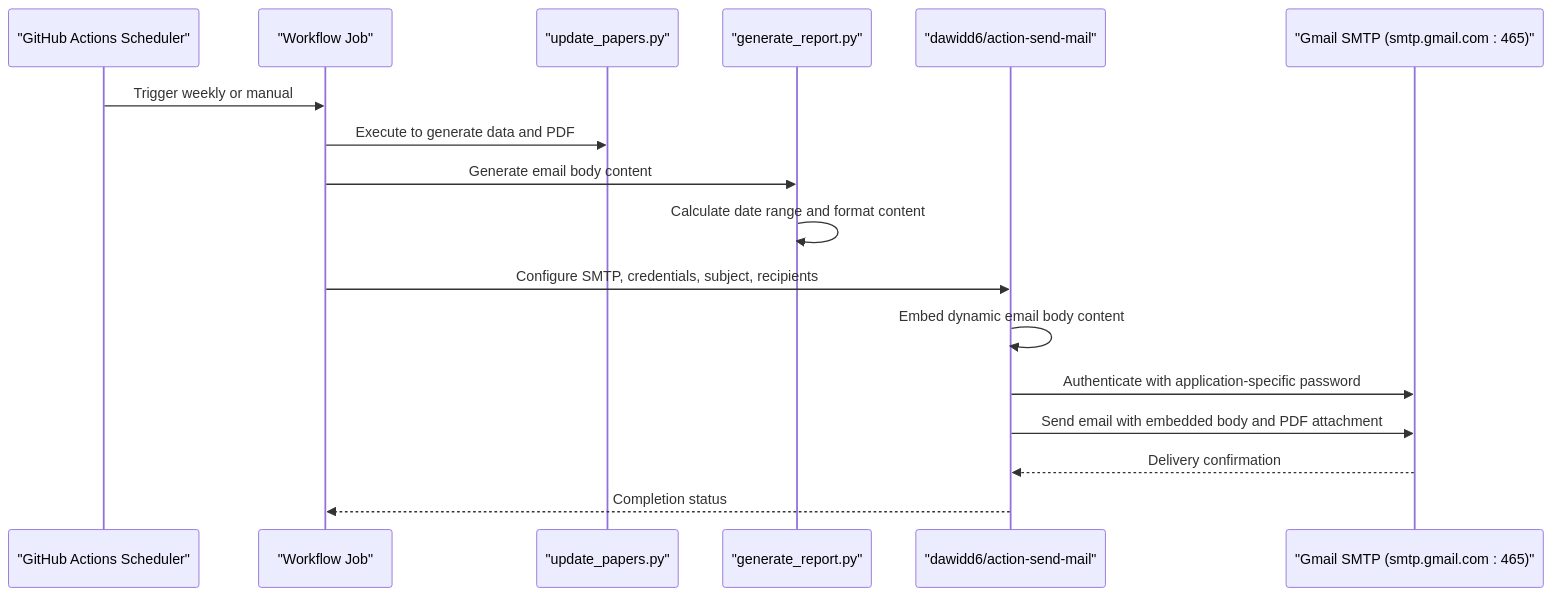
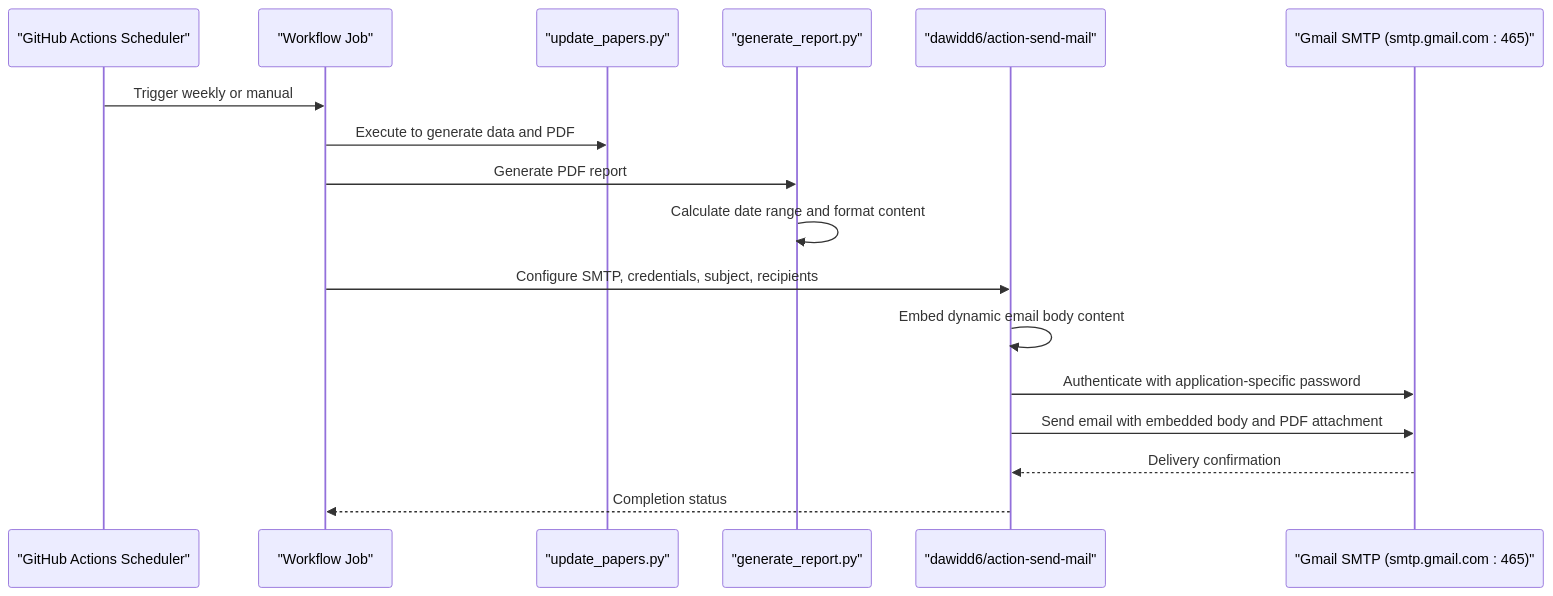
One commit to junxie01/paper_weekly changed the second of 3 diagrams in .qoder/repowiki/en/content/Configuration Guide/Email Notification System.md. Above: the diagram before and after it, drawn with Mermaid. The commit also changed other lines of this file and 4 other files, not shown here.

Commit message:
Fix all Unicode characters in generate_report.py

````diff
--- a/.qoder/repowiki/en/content/Configuration Guide/Email Notification System.md
+++ b/.qoder/repowiki/en/content/Configuration Guide/Email Notification System.md
@@ -96,19 +96,19 @@
 ```mermaid
 sequenceDiagram
 participant Scheduler as "GitHub Actions Scheduler"
 participant Job as "Workflow Job"
 participant Script as "update_papers.py"
 participant Generator as "generate_report.py"
 participant Action as "dawidd6/action-send-mail"
 participant SMTP as "Gmail SMTP (smtp.gmail.com : 465)"
 Scheduler->>Job : Trigger weekly or manual
 Job->>Script : Execute to generate data and PDF
-Job->>Generator : Generate email body content
+Job->>Generator : Generate PDF report
 Generator->>Generator : Calculate date range and format content
 Job->>Action : Configure SMTP, credentials, subject, recipients
 Action->>Action : Embed dynamic email body content
 Action->>SMTP : Authenticate with application-specific password
 Action->>SMTP : Send email with embedded body and PDF attachment
 SMTP-->>Action : Delivery confirmation
 Action-->>Job : Completion status
 ```
````
